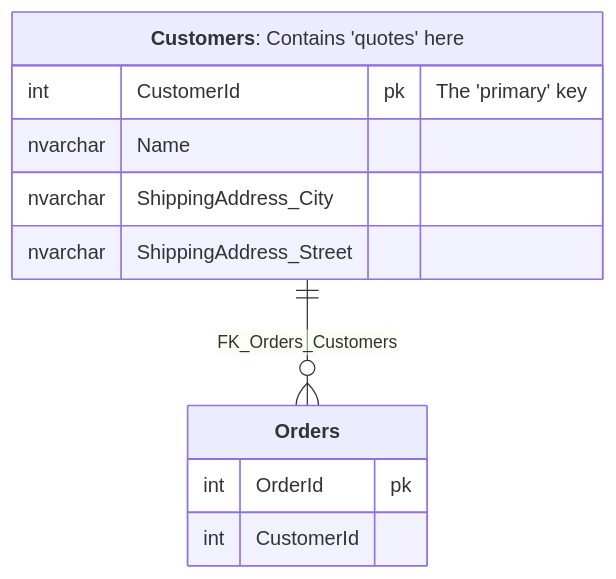
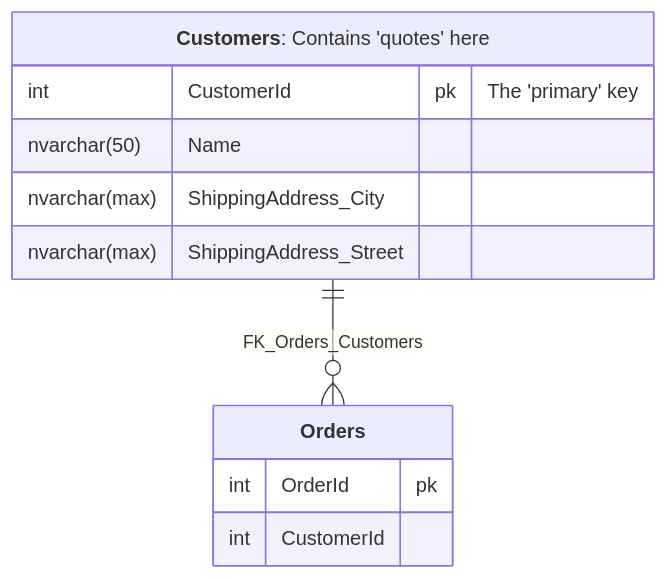
Before and after one commit to SimonCropp/DbToMermaid: the diagram in src/EfToMermaid.Tests/Tests.WithEscaping.verified.md, drawn with Mermaid. The commit also changed 26 other files, not shown here.

````diff
--- a/src/EfToMermaid.Tests/Tests.WithEscaping.verified.md
+++ b/src/EfToMermaid.Tests/Tests.WithEscaping.verified.md
@@ -2,14 +2,14 @@
 ```mermaid
 erDiagram
   Customers["**Customers**: Contains 'quotes' here"] {
     int CustomerId pk "The 'primary' key"
-    nvarchar Name
-    nvarchar ShippingAddress_City
-    nvarchar ShippingAddress_Street
+    nvarchar(50) Name
+    nvarchar(max) ShippingAddress_City
+    nvarchar(max) ShippingAddress_Street
   }
   Orders["**Orders**"] {
     int OrderId pk
     int CustomerId
   }
   Customers ||--o{ Orders : "FK_Orders_Customers"
 ```
````
